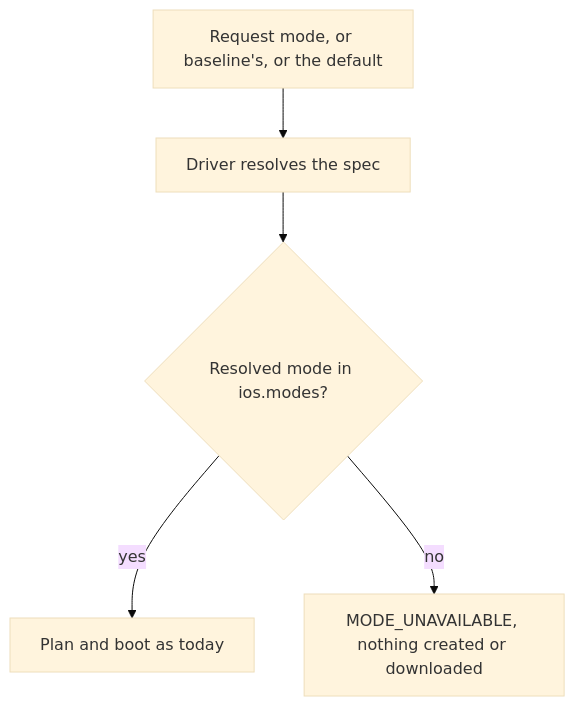
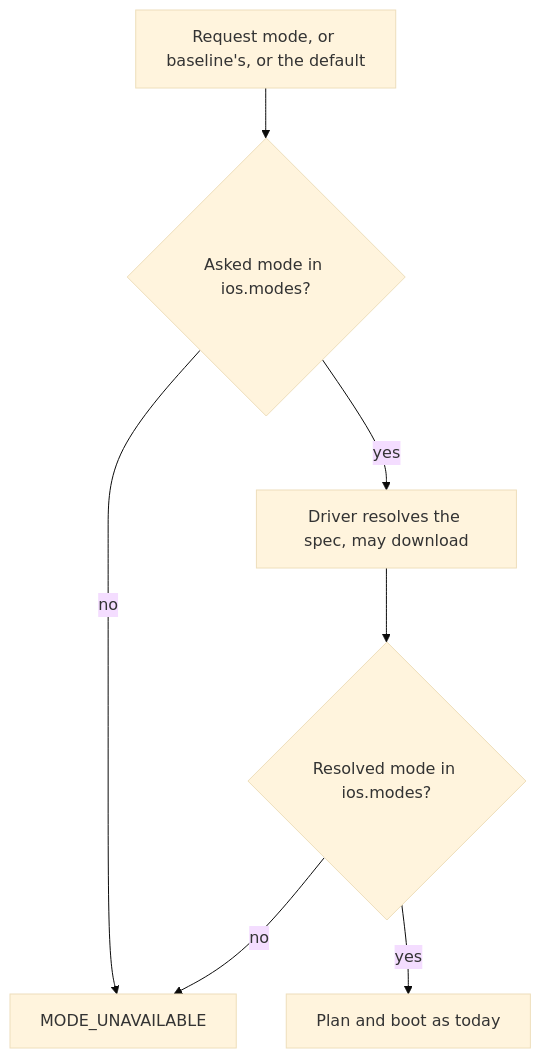
The first of 2 diagrams in docs/internal/adr/0082-a-worker-may-serve-only-some-ios-device-modes.md (callstackincubator/simlock), drawn with Mermaid (base theme) before and after one commit. The commit also changed other lines of this file and 1 other file, not shown here.

Commit message:
docs(adr): 0082 draws both mode checks and lists every narrowed section

````diff
--- a/docs/internal/adr/0082-a-worker-may-serve-only-some-ios-device-modes.md
+++ b/docs/internal/adr/0082-a-worker-may-serve-only-some-ios-device-modes.md
@@ -49,7 +53,9 @@
 ```mermaid
 flowchart TD
-  R[Request mode, or baseline's, or the default] --> D[Driver resolves the spec]
-  D --> M{Resolved mode in ios.modes?}
-  M -- yes --> P[Plan and boot as today]
-  M -- no --> X[MODE_UNAVAILABLE, nothing created or downloaded]
+  R[Request mode, or baseline's, or the default] --> M1{Asked mode in ios.modes?}
+  M1 -- no --> X[MODE_UNAVAILABLE]
+  M1 -- yes --> D[Driver resolves the spec, may download]
+  D --> M2{Resolved mode in ios.modes?}
+  M2 -- yes --> P[Plan and boot as today]
+  M2 -- no --> X
 ```
````
